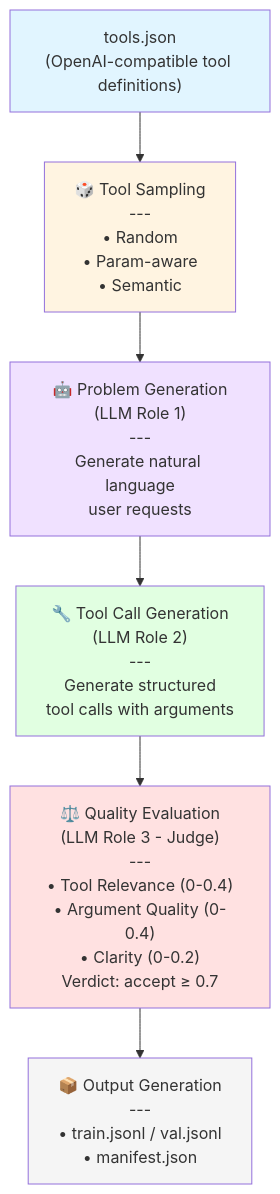
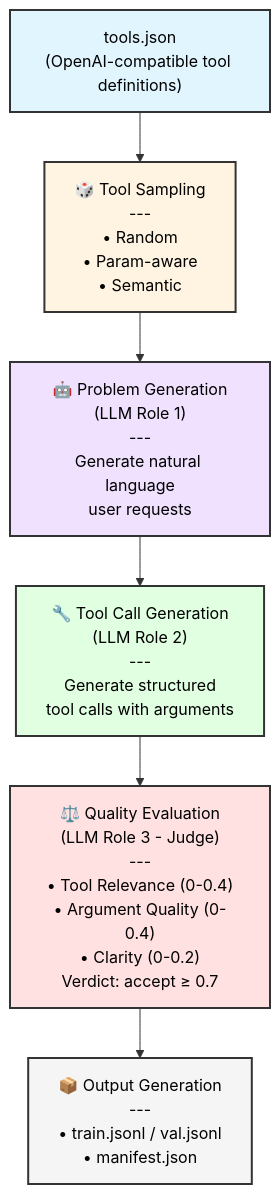
One commit to atasoglu/toolsgen changed the diagram in README.md. Above: the diagram before and after it, drawn with Mermaid.

Commit message:
docs: enhance style definitions in README for better clarity and consistency

````diff
--- a/README.md
+++ b/README.md
@@ -218,19 +218,19 @@
 ```mermaid
 graph TB
     Input["tools.json<br/>(OpenAI-compatible tool definitions)"] --> Sampling["🎲 Tool Sampling<br/>---<br/>• Random<br/>• Param-aware<br/>• Semantic"]
 
     Sampling --> ProbGen["🤖 Problem Generation<br/>(LLM Role 1)<br/>---<br/>Generate natural language<br/>user requests"]
 
     ProbGen --> ToolCall["🔧 Tool Call Generation<br/>(LLM Role 2)<br/>---<br/>Generate structured<br/>tool calls with arguments"]
 
     ToolCall --> Judge["⚖️ Quality Evaluation<br/>(LLM Role 3 - Judge)<br/>---<br/>• Tool Relevance (0-0.4)<br/>• Argument Quality (0-0.4)<br/>• Clarity (0-0.2)<br/>Verdict: accept ≥ 0.7"]
 
     Judge --> Output["📦 Output Generation<br/>---<br/>• train.jsonl / val.jsonl<br/>• manifest.json"]
 
-    style Input fill:#e1f5ff
-    style Sampling fill:#fff4e1
-    style ProbGen fill:#f0e1ff
-    style ToolCall fill:#e1ffe1
-    style Judge fill:#ffe1e1
-    style Output fill:#f5f5f5
+    style Input fill:#e1f5ff,stroke:#333,stroke-width:2px,color:#000
+    style Sampling fill:#fff4e1,stroke:#333,stroke-width:2px,color:#000
+    style ProbGen fill:#f0e1ff,stroke:#333,stroke-width:2px,color:#000
+    style ToolCall fill:#e1ffe1,stroke:#333,stroke-width:2px,color:#000
+    style Judge fill:#ffe1e1,stroke:#333,stroke-width:2px,color:#000
+    style Output fill:#f5f5f5,stroke:#333,stroke-width:2px,color:#000
 ```
````
